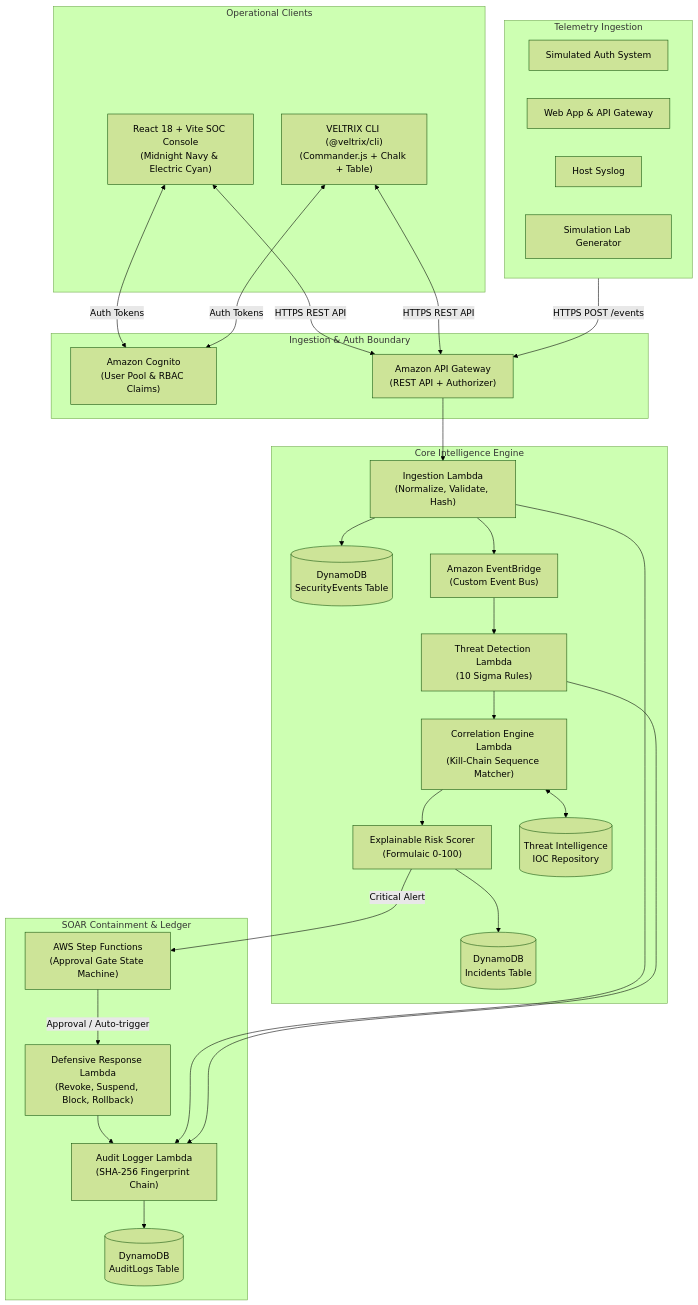
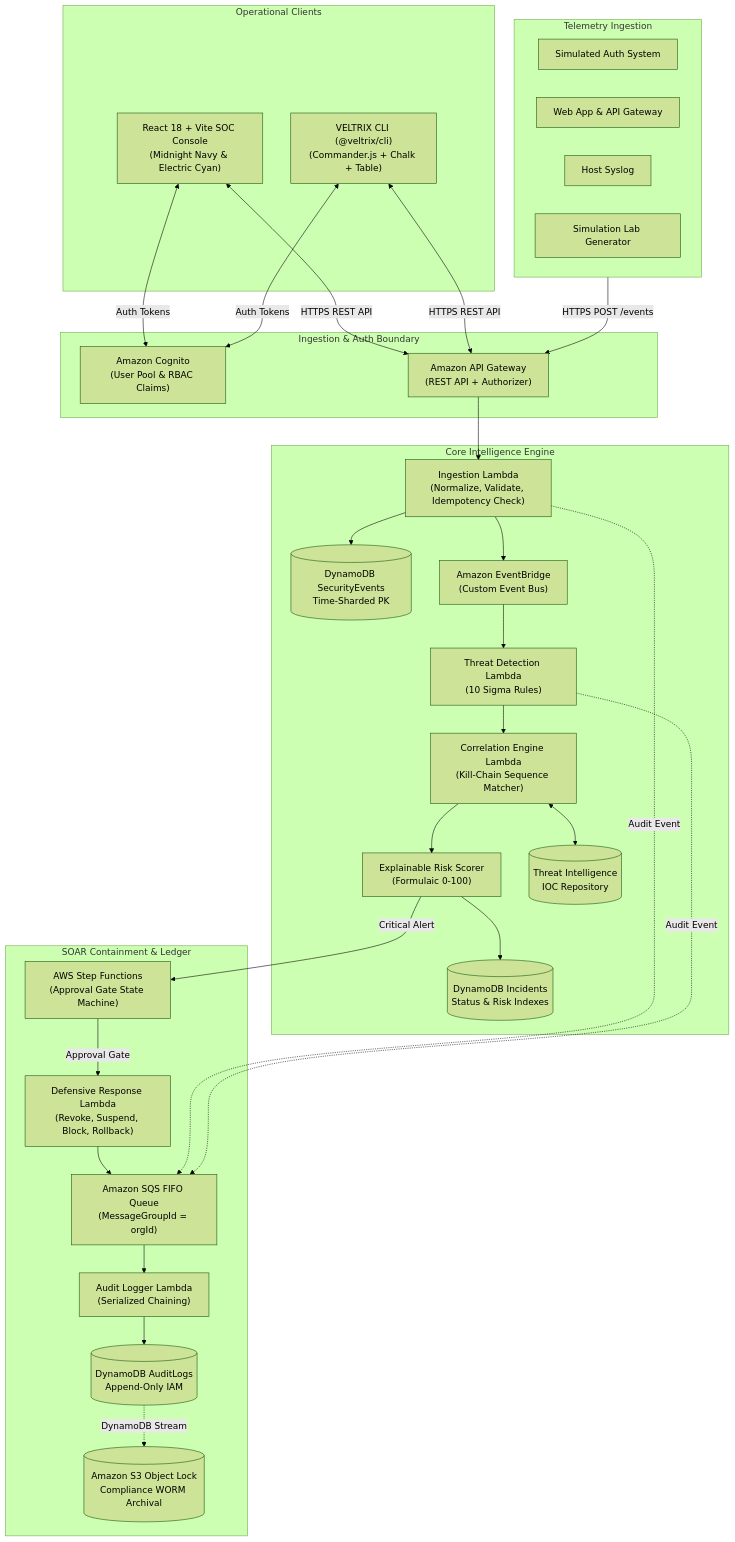
One commit to shaikhakib12/Veltrix changed the diagram in specs/design.md. Above: the diagram before and after it, drawn with Mermaid (forest theme). The commit also changed other lines of this file and 6 other files, not shown here.

Commit message:
docs(audit): complete Phase 1 specification technical audit and hardened architecture

````diff
--- a/specs/design.md
+++ b/specs/design.md
@@ -14,58 +14,62 @@
 ```mermaid
 flowchart TD
     subgraph Clients["Operational Clients"]
         WEB["React 18 + Vite SOC Console<br/>(Midnight Navy & Electric Cyan)"]
         CLI["VELTRIX CLI (@veltrix/cli)<br/>(Commander.js + Chalk + Table)"]
     end
 
     subgraph Edge["Ingestion & Auth Boundary"]
         COG["Amazon Cognito<br/>(User Pool & RBAC Claims)"]
         APIGW["Amazon API Gateway<br/>(REST API + Authorizer)"]
     end
 
     subgraph TelemetrySources["Telemetry Ingestion"]
         S1["Simulated Auth System"]
         S2["Web App & API Gateway"]
         S3["Host Syslog"]
         S4["Simulation Lab Generator"]
     end
 
     subgraph ProcessingPipeline["Core Intelligence Engine"]
-        L_INGEST["Ingestion Lambda<br/>(Normalize, Validate, Hash)"]
-        DDB_EVENTS[("DynamoDB<br/>SecurityEvents Table")]
+        L_INGEST["Ingestion Lambda<br/>(Normalize, Validate, Idempotency Check)"]
+        DDB_EVENTS[("DynamoDB SecurityEvents<br/>Time-Sharded PK")]
         EB["Amazon EventBridge<br/>(Custom Event Bus)"]
         L_DETECT["Threat Detection Lambda<br/>(10 Sigma Rules)"]
         L_CORR["Correlation Engine Lambda<br/>(Kill-Chain Sequence Matcher)"]
         L_RISK["Explainable Risk Scorer<br/>(Formulaic 0-100)"]
-        DDB_INCIDENTS[("DynamoDB<br/>Incidents Table")]
+        DDB_INCIDENTS[("DynamoDB Incidents<br/>Status & Risk Indexes")]
         TI_STORE[("Threat Intelligence<br/>IOC Repository")]
     end
 
     subgraph DefenseAndAudit["SOAR Containment & Ledger"]
         SFN["AWS Step Functions<br/>(Approval Gate State Machine)"]
         L_RESP["Defensive Response Lambda<br/>(Revoke, Suspend, Block, Rollback)"]
-        L_AUDIT["Audit Logger Lambda<br/>(SHA-256 Fingerprint Chain)"]
-        DDB_AUDIT[("DynamoDB<br/>AuditLogs Table")]
+        SQS_FIFO["Amazon SQS FIFO Queue<br/>(MessageGroupId = orgId)"]
+        L_AUDIT["Audit Logger Lambda<br/>(Serialized Chaining)"]
+        DDB_AUDIT[("DynamoDB AuditLogs<br/>Append-Only IAM")]
+        S3_LOCK[("Amazon S3 Object Lock<br/>Compliance WORM Archival")]
     end
 
     TelemetrySources -->|HTTPS POST /events| APIGW
     WEB <-->|HTTPS REST API| APIGW
     CLI <-->|HTTPS REST API| APIGW
     WEB <-->|Auth Tokens| COG
     CLI <-->|Auth Tokens| COG
 
     APIGW --> L_INGEST
     L_INGEST --> DDB_EVENTS
     L_INGEST --> EB
     EB --> L_DETECT
     L_DETECT --> L_CORR
     L_CORR <--> TI_STORE
     L_CORR --> L_RISK
     L_RISK --> DDB_INCIDENTS
     L_RISK -->|Critical Alert| SFN
-    SFN -->|Approval / Auto-trigger| L_RESP
-    L_RESP --> L_AUDIT
-    L_INGEST --> L_AUDIT
-    L_DETECT --> L_AUDIT
+    SFN -->|Approval Gate| L_RESP
+    L_RESP --> SQS_FIFO
+    L_INGEST -.->|Audit Event| SQS_FIFO
+    L_DETECT -.->|Audit Event| SQS_FIFO
+    SQS_FIFO --> L_AUDIT
     L_AUDIT --> DDB_AUDIT
+    DDB_AUDIT -.->|DynamoDB Stream| S3_LOCK
 ```
````
